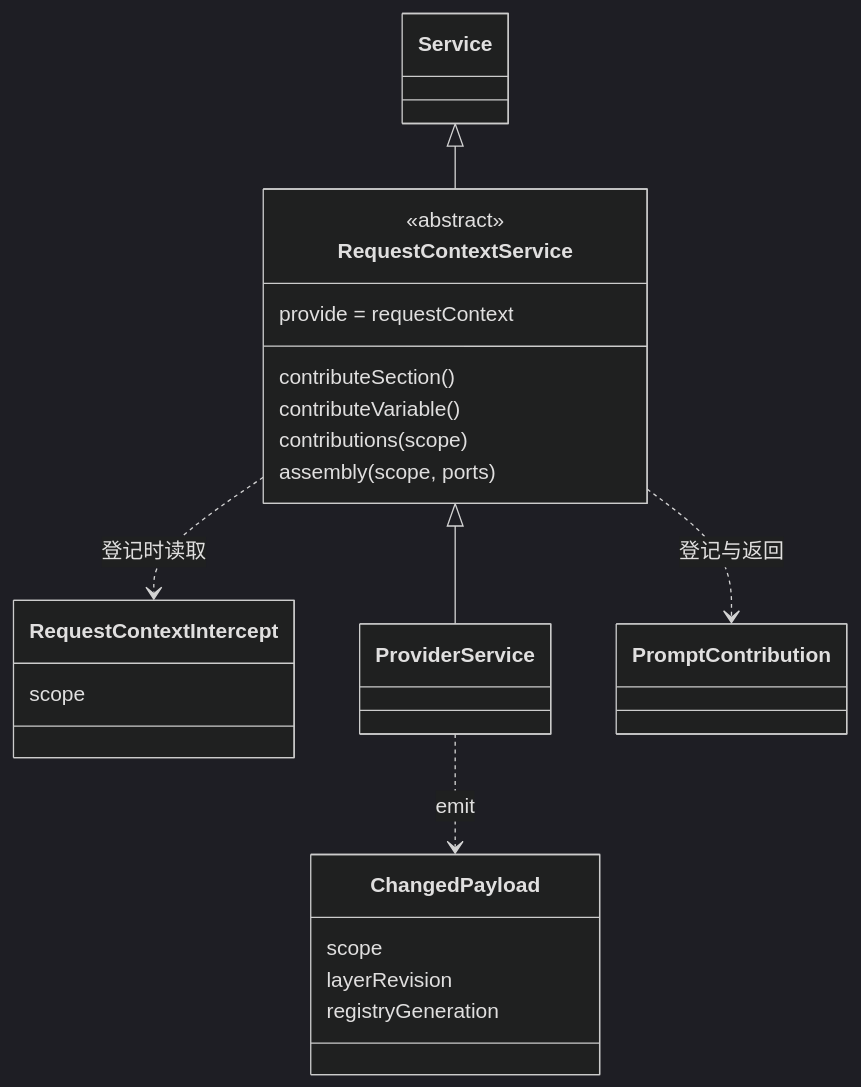
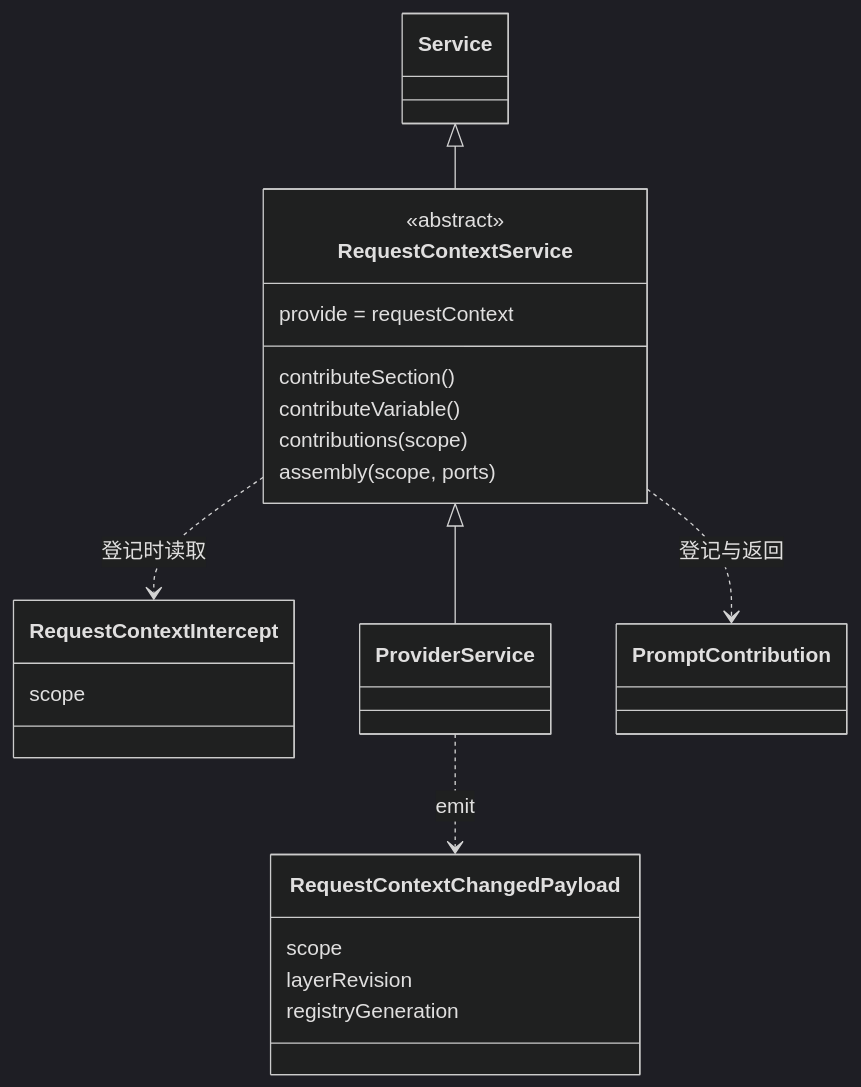
One commit to nemori-ai/omne-harness-lite changed the diagram in packages/context/request-context-cordis-contract/docs/object-model.md. Above: the diagram before and after it, drawn with Mermaid (dark theme). The commit also changed other lines of this file and 24 other files, not shown here.

First line of the commit message:
feat(request-context): 定义Cordis贡献登记与托管组装接口

````diff
--- a/packages/context/request-context-cordis-contract/docs/object-model.md
+++ b/packages/context/request-context-cordis-contract/docs/object-model.md
@@ -15,27 +15,27 @@
 ```mermaid
 classDiagram
   class Service
   class RequestContextService {
     <<abstract>>
     provide = requestContext
     contributeSection()
     contributeVariable()
     contributions(scope)
     assembly(scope, ports)
   }
   class RequestContextIntercept {
     scope
   }
-  class ChangedPayload {
+  class RequestContextChangedPayload {
     scope
     layerRevision
     registryGeneration
   }
   class ProviderService
   class PromptContribution
   Service <|-- RequestContextService
   RequestContextService <|-- ProviderService
   RequestContextService ..> RequestContextIntercept : 登记时读取
   RequestContextService ..> PromptContribution : 登记与返回
-  ProviderService ..> ChangedPayload : emit
+  ProviderService ..> RequestContextChangedPayload : emit
 ```
````
